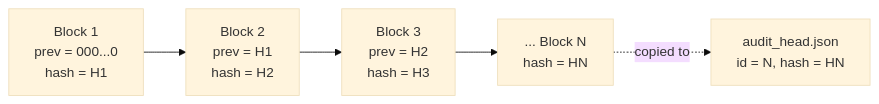
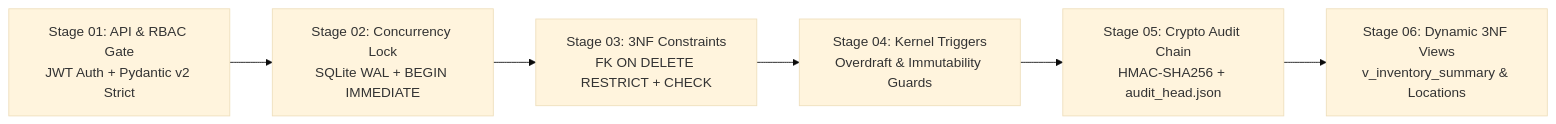
One commit to Nandha-PU/Vaultstock changed the second of 2 diagrams in PROJECT_REPORT.md. Above: the diagram before and after it, drawn with Mermaid (base theme). The commit also changed other lines of this file and 9 other files, not shown here.

````diff
--- a/PROJECT_REPORT.md
+++ b/PROJECT_REPORT.md
@@ -252,5 +204,8 @@
 ```mermaid
 flowchart LR
-    B1["Block 1<br/>prev = 000...0<br/>hash = H1"] --> B2["Block 2<br/>prev = H1<br/>hash = H2"] --> B3["Block 3<br/>prev = H2<br/>hash = H3"] --> BN["... Block N<br/>hash = HN"]
-    BN -. "copied to" .-> ANC["audit_head.json<br/>id = N, hash = HN"]
+    S1["Stage 01: API & RBAC Gate<br/>JWT Auth + Pydantic v2 Strict"] --> S2["Stage 02: Concurrency Lock<br/>SQLite WAL + BEGIN IMMEDIATE"]
+    S2 --> S3["Stage 03: 3NF Constraints<br/>FK ON DELETE RESTRICT + CHECK"]
+    S3 --> S4["Stage 04: Kernel Triggers<br/>Overdraft & Immutability Guards"]
+    S4 --> S5["Stage 05: Crypto Audit Chain<br/>HMAC-SHA256 + audit_head.json"]
+    S5 --> S6["Stage 06: Dynamic 3NF Views<br/>v_inventory_summary & Locations"]
 ```
````
